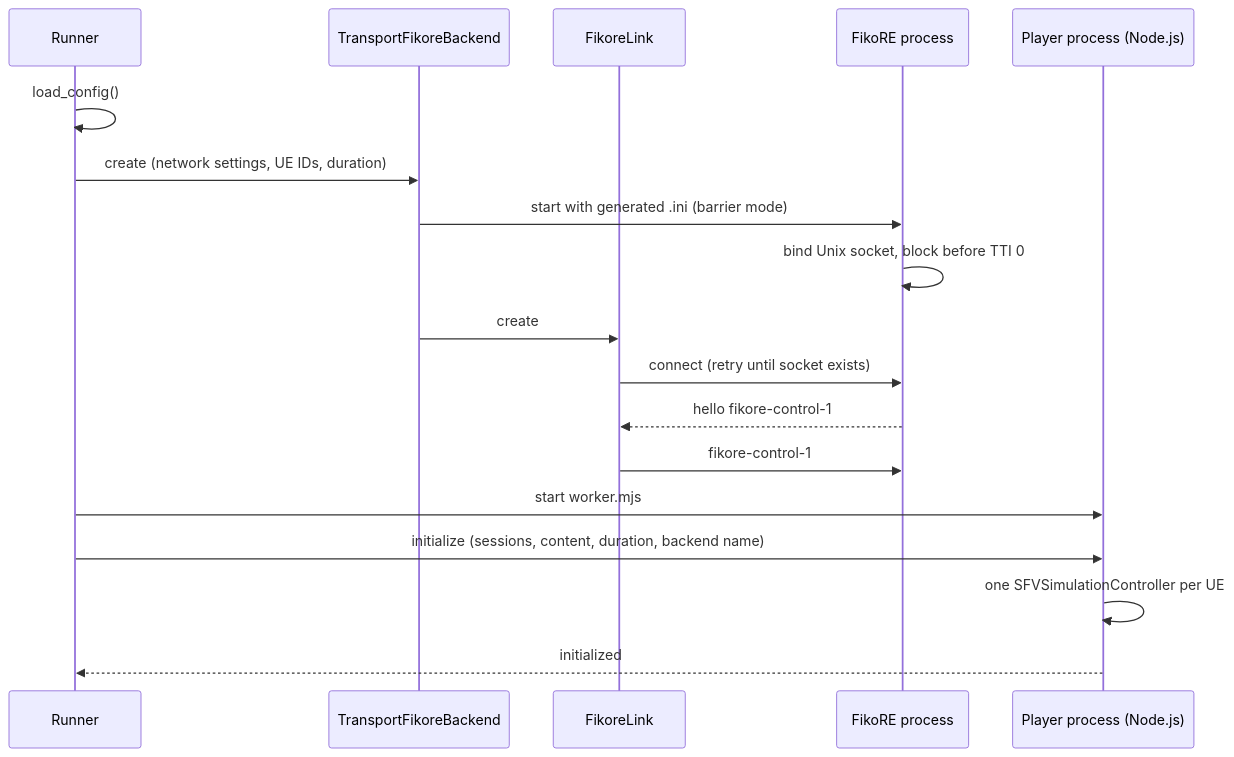
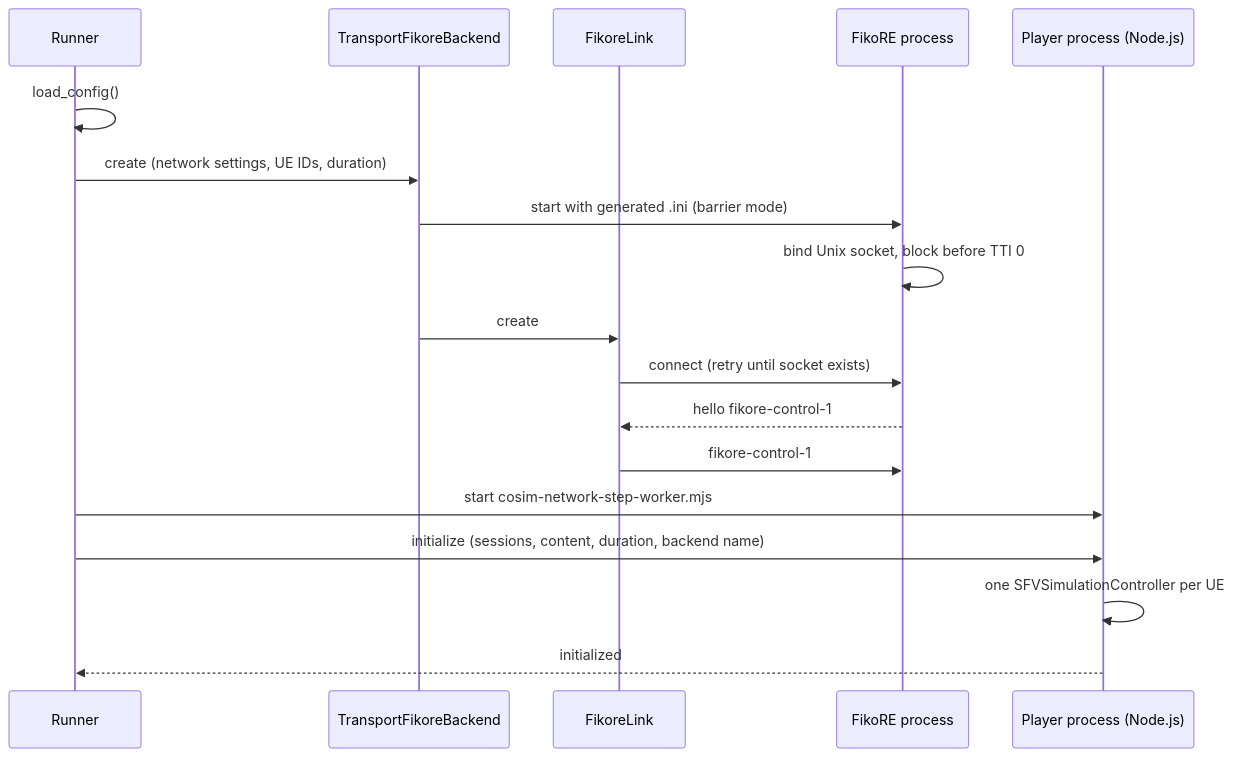
One commit to VQEG/cap-csp-collaboration-test-pilot changed the first of 5 diagrams in docs/architecture.md. Above: the diagram before and after it, drawn with Mermaid. The commit also changed other lines of this file and 8 other files, not shown here.

````diff
--- a/docs/architecture.md
+++ b/docs/architecture.md
@@ -69,20 +69,20 @@
 ```mermaid
 sequenceDiagram
     participant R as Runner
     participant B as TransportFikoreBackend
     participant L as FikoreLink
     participant F as FikoRE process
     participant P as Player process (Node.js)
     R->>R: load_config()
     R->>B: create (network settings, UE IDs, duration)
     B->>F: start with generated .ini (barrier mode)
     F->>F: bind Unix socket, block before TTI 0
     B->>L: create
     L->>F: connect (retry until socket exists)
     F-->>L: hello fikore-control-1
     L->>F: fikore-control-1
-    R->>P: start worker.mjs
+    R->>P: start cosim-network-step-worker.mjs
     R->>P: initialize (sessions, content, duration, backend name)
     P->>P: one SFVSimulationController per UE
     P-->>R: initialized
 ```
````
